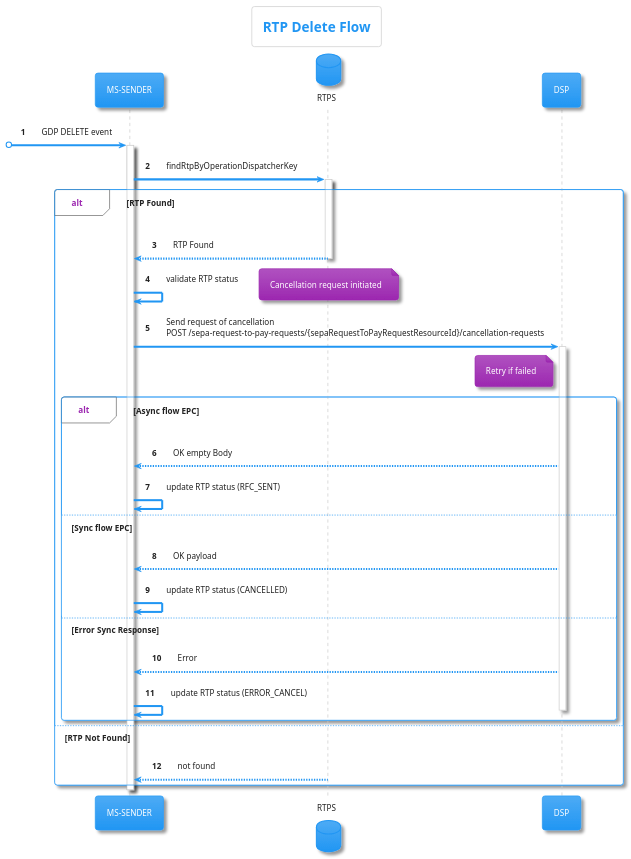
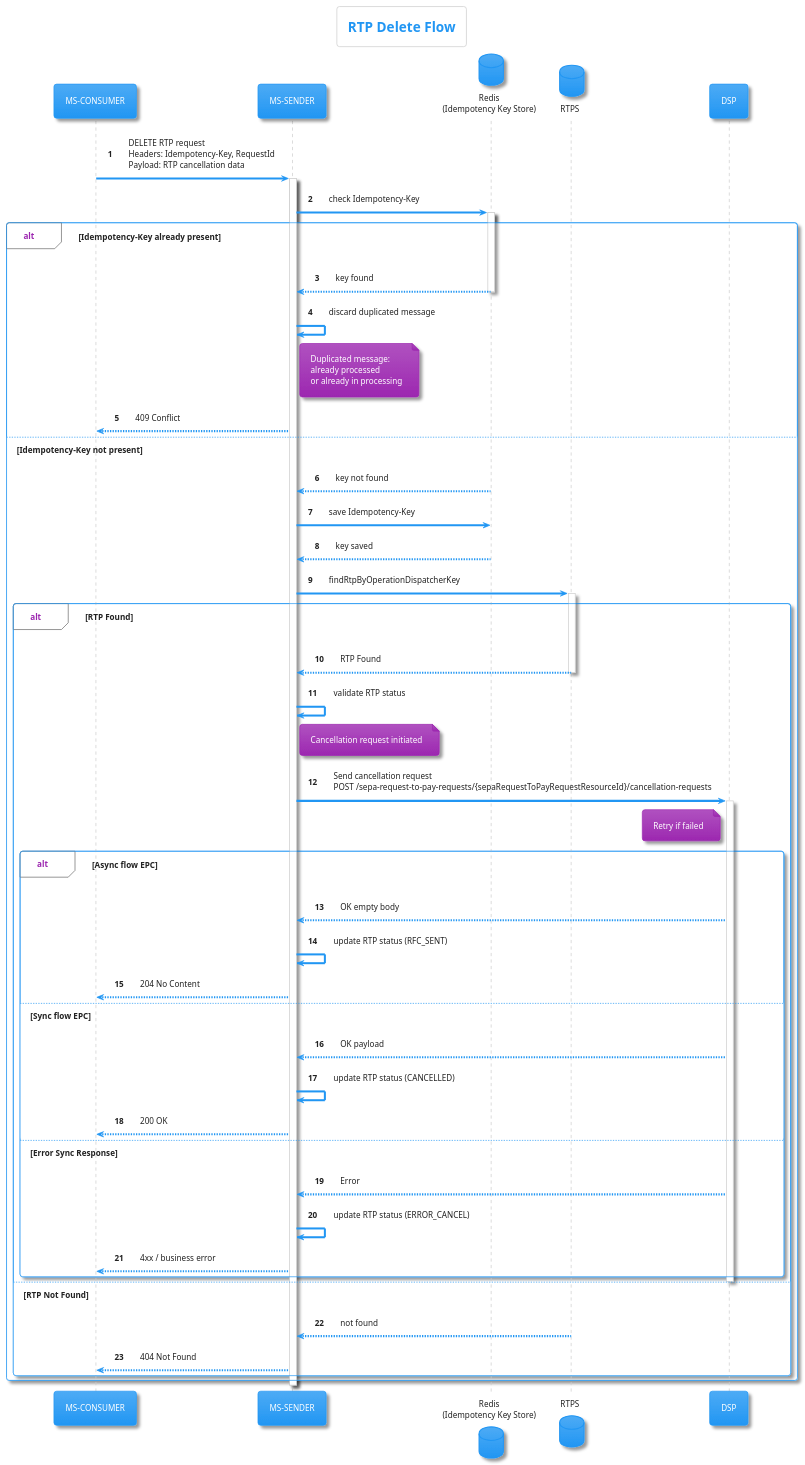
The diagram in diagrams/cancel.puml (pagopa/rtp-docs), drawn with PlantUML before and after one commit. The commit also changed 11 other files, not shown here.

First line of the commit message:
feat: [SRTP-1566] Introduce idempotency handling for GDP message processing (#39)

```diff
--- a/diagrams/cancel.puml
+++ b/diagrams/cancel.puml
@@ -1,56 +1,87 @@
 @startuml
 ' PlantUML Diagram for RTP Cancellation API
 ' Title: Unified RTP Cancellation Sequence Diagram
 ' Version: 1.0.0
-' Description: This diagram shows the detailed process for cancelling an RTP,
-'              mixing the API specification with the actual Java service and controller logic.
 
 !theme materia
 
 title RTP Delete Flow
 
+participant "MS-CONSUMER" as CONSUMER
 participant "MS-SENDER" as SENDER
+database "Redis\n(Idempotency Key Store)" as REDIS
 database "RTPS" as SRTP
 participant "DSP" as DSP
 
 autonumber
 
-[o-> SENDER: GDP DELETE event
+CONSUMER -> SENDER: DELETE RTP request\nHeaders: Idempotency-Key, RequestId\nPayload: RTP cancellation data
+activate SENDER
 
-activate SENDER
-SENDER -> SRTP: findRtpByOperationDispatcherKey
-  activate SRTP
+SENDER -> REDIS: check Idempotency-Key
+activate REDIS
 
-alt RTP Found
-    SRTP --> SENDER: RTP Found
-    deactivate SRTP
-    SENDER -> SENDER: validate RTP status
-    note right: Cancellation request initiated
-    SENDER -> DSP: Send request of cancellation\nPOST /sepa-request-to-pay-requests/{sepaRequestToPayRequestResourceId}/cancellation-requests
-    activate DSP
-    note left of DSP
-      Retry if failed
+alt Idempotency-Key already present
+    REDIS --> SENDER: key found
+    deactivate REDIS
+    SENDER -> SENDER: discard duplicated message
+    note right of SENDER
+      Duplicated message:
+      already processed
+      or already in processing
     end note
+    SENDER --> CONSUMER: 409 Conflict
 
-    alt Async flow EPC
-      DSP --> SENDER: OK empty Body
-      SENDER -> SENDER: update RTP status (RFC_SENT)
-    else Sync flow EPC
-      DSP --> SENDER: OK payload
-      SENDER -> SENDER: update RTP status (CANCELLED)
-    else Error Sync Response
-      DSP --> SENDER: Error
-      SENDER -> SENDER: update RTP status (ERROR_CANCEL)
-    deactivate DSP
-    end Error RFC
+else Idempotency-Key not present
+    REDIS --> SENDER: key not found
+    SENDER -> REDIS: save Idempotency-Key
+    REDIS --> SENDER: key saved
+    deactivate REDIS
 
+    SENDER -> SRTP: findRtpByOperationDispatcherKey
+    activate SRTP
 
+    alt RTP Found
+        SRTP --> SENDER: RTP Found
+        deactivate SRTP
 
-else RTP Not Found
-    SRTP --> SENDER: not found
+        SENDER -> SENDER: validate RTP status
+        note right of SENDER
+          Cancellation request initiated
+        end note
+
+        SENDER -> DSP: Send cancellation request\nPOST /sepa-request-to-pay-requests/{sepaRequestToPayRequestResourceId}/cancellation-requests
+        activate DSP
+
+        note left of DSP
+          Retry if failed
+        end note
+
+        alt Async flow EPC
+            DSP --> SENDER: OK empty body
+            SENDER -> SENDER: update RTP status (RFC_SENT)
+            SENDER --> CONSUMER: 204 No Content
+
+        else Sync flow EPC
+            DSP --> SENDER: OK payload
+            SENDER -> SENDER: update RTP status (CANCELLED)
+            SENDER --> CONSUMER: 200 OK
+
+        else Error Sync Response
+            DSP --> SENDER: Error
+            SENDER -> SENDER: update RTP status (ERROR_CANCEL)
+            SENDER --> CONSUMER: 4xx / business error
+        end
+
+        deactivate DSP
+
+    else RTP Not Found
+        SRTP --> SENDER: not found
+        deactivate SRTP
+        SENDER --> CONSUMER: 404 Not Found
+    end
 end
-
 
 deactivate SENDER
 
 @enduml
```
